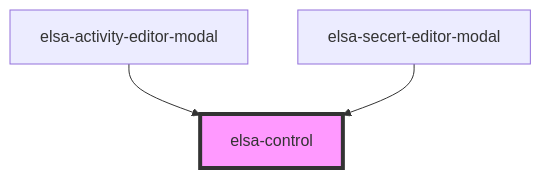
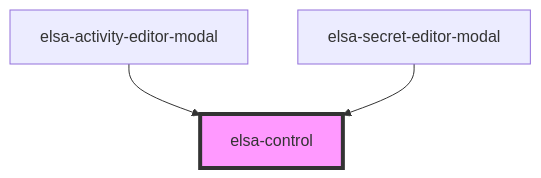
One commit to elsa-workflows/elsa-core changed the diagram in src/designer/elsa-workflows-studio/src/components/controls/elsa-control/readme.md. Above: the diagram before and after it, drawn with Mermaid. The commit also changed other lines of this file and 17 other files, not shown here.

````diff
--- a/src/designer/elsa-workflows-studio/src/components/controls/elsa-control/readme.md
+++ b/src/designer/elsa-workflows-studio/src/components/controls/elsa-control/readme.md
@@ -23,6 +23,6 @@
 ```mermaid
 graph TD;
   elsa-activity-editor-modal --> elsa-control
-  elsa-secert-editor-modal --> elsa-control
+  elsa-secret-editor-modal --> elsa-control
   style elsa-control fill:#f9f,stroke:#333,stroke-width:4px
 ```
````
